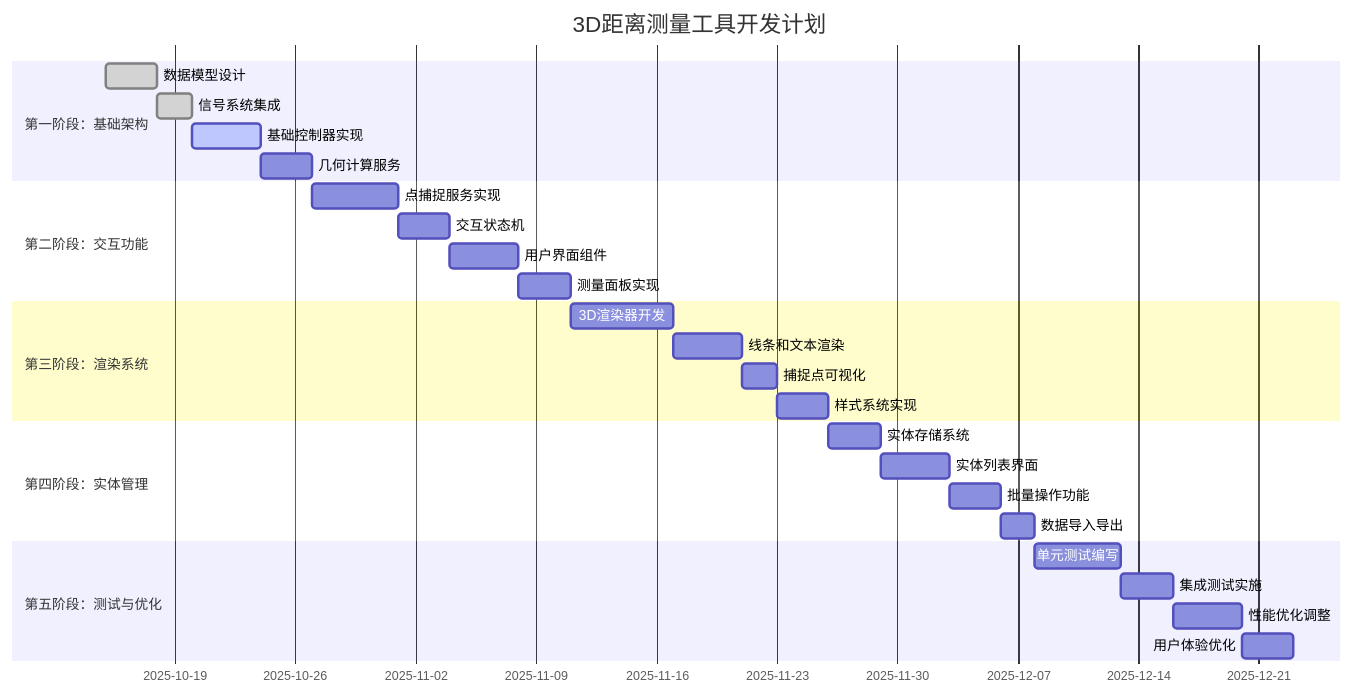
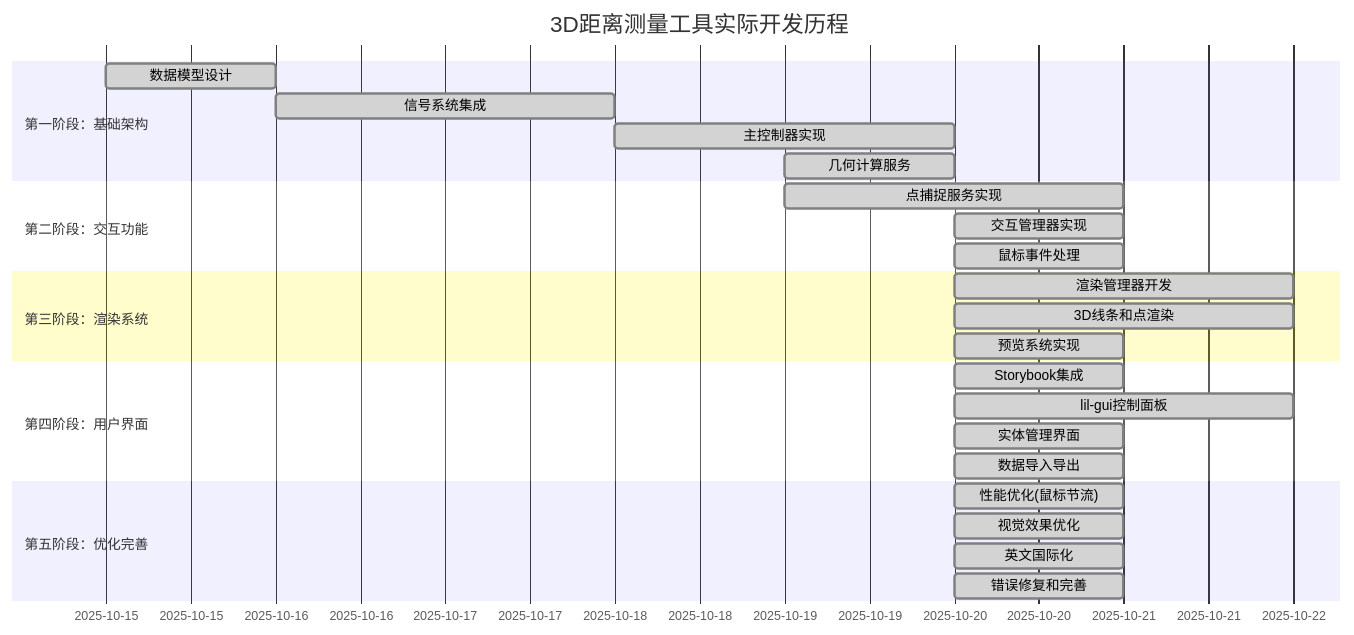
One commit to sjzsdu/tong-notes changed diagram 13 of 14 in content/posts/magicloud/uvf/task_measure.md. Above: the diagram before and after it, drawn with Mermaid. The commit also changed other lines of this file and 97 other files, not shown here.

Commit message:
feat(crewai): describe execution flow and design patterns

````diff
--- a/content/posts/magicloud/uvf/task_measure.md
+++ b/content/posts/magicloud/uvf/task_measure.md
@@ -687,34 +660,32 @@
 ```mermaid
 gantt
-    title 3D距离测量工具开发计划
+    title 3D距离测量工具实际开发历程
     dateFormat  YYYY-MM-DD
     section 第一阶段：基础架构
-    数据模型设计           :done, phase1-1, 2025-10-15, 3d
-    信号系统集成           :done, phase1-2, after phase1-1, 2d
-    基础控制器实现         :active, phase1-3, after phase1-2, 4d
-    几何计算服务           : phase1-4, after phase1-3, 3d
+    数据模型设计           :done, phase1-1, 2025-10-15, 1d
+    信号系统集成           :done, phase1-2, 2025-10-16, 2d
+    主控制器实现           :done, phase1-3, 2025-10-18, 2d
+    几何计算服务           :done, phase1-4, 2025-10-19, 1d
     
     section 第二阶段：交互功能
-    点捕捉服务实现         : phase2-1, after phase1-4, 5d
-    交互状态机             : phase2-2, after phase2-1, 3d
-    用户界面组件           : phase2-3, after phase2-2, 4d
-    测量面板实现           : phase2-4, after phase2-3, 3d
+    点捕捉服务实现         :done, phase2-1, 2025-10-19, 2d
+    交互管理器实现         :done, phase2-2, 2025-10-20, 1d
+    鼠标事件处理           :done, phase2-3, 2025-10-20, 1d
     
     section 第三阶段：渲染系统
-    3D渲染器开发           : phase3-1, after phase2-4, 6d
-    线条和文本渲染         : phase3-2, after phase3-1, 4d
-    捕捉点可视化           : phase3-3, after phase3-2, 2d
-    样式系统实现           : phase3-4, after phase3-3, 3d
+    渲染管理器开发         :done, phase3-1, 2025-10-20, 2d
+    3D线条和点渲染         :done, phase3-2, 2025-10-20, 2d
+    预览系统实现           :done, phase3-3, 2025-10-20, 1d
     
-    section 第四阶段：实体管理
-    实体存储系统           : phase4-1, after phase3-4, 3d
-    实体列表界面           : phase4-2, after phase4-1, 4d
-    批量操作功能           : phase4-3, after phase4-2, 3d
-    数据导入导出           : phase4-4, after phase4-3, 2d
+    section 第四阶段：用户界面
+    Storybook集成          :done, phase4-1, 2025-10-20, 1d
+    lil-gui控制面板        :done, phase4-2, 2025-10-20, 2d
+    实体管理界面           :done, phase4-3, 2025-10-20, 1d
+    数据导入导出           :done, phase4-4, 2025-10-20, 1d
     
-    section 第五阶段：测试与优化
-    单元测试编写           : phase5-1, after phase4-4, 5d
-    集成测试实施           : phase5-2, after phase5-1, 3d
-    性能优化调整           : phase5-3, after phase5-2, 4d
-    用户体验优化           : phase5-4, after phase5-3, 3d
+    section 第五阶段：优化完善
+    性能优化(鼠标节流)     :done, phase5-1, 2025-10-20, 1d
+    视觉效果优化           :done, phase5-2, 2025-10-20, 1d
+    英文国际化             :done, phase5-3, 2025-10-20, 1d
+    错误修复和完善         :done, phase5-4, 2025-10-20, 1d
 ```
````
